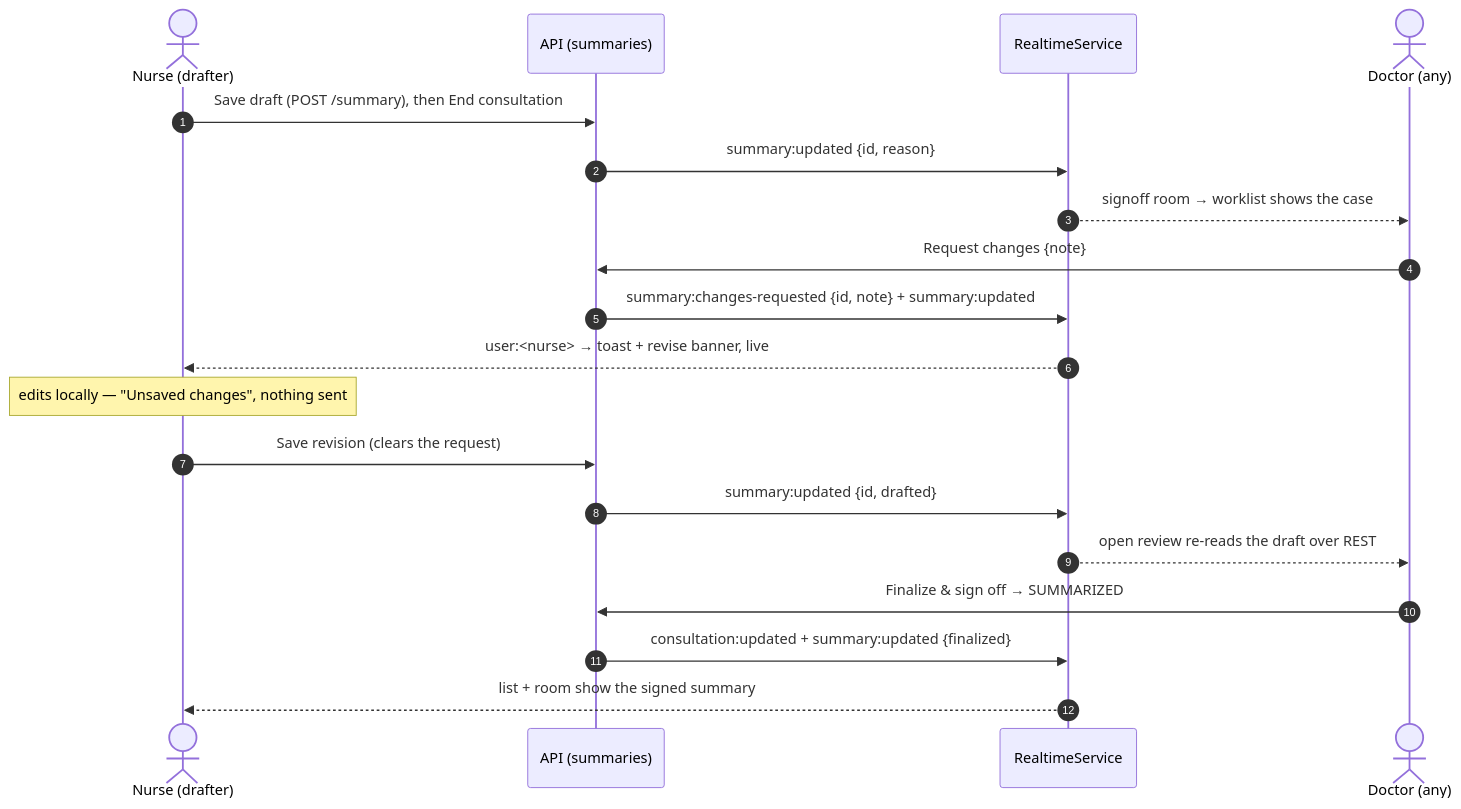
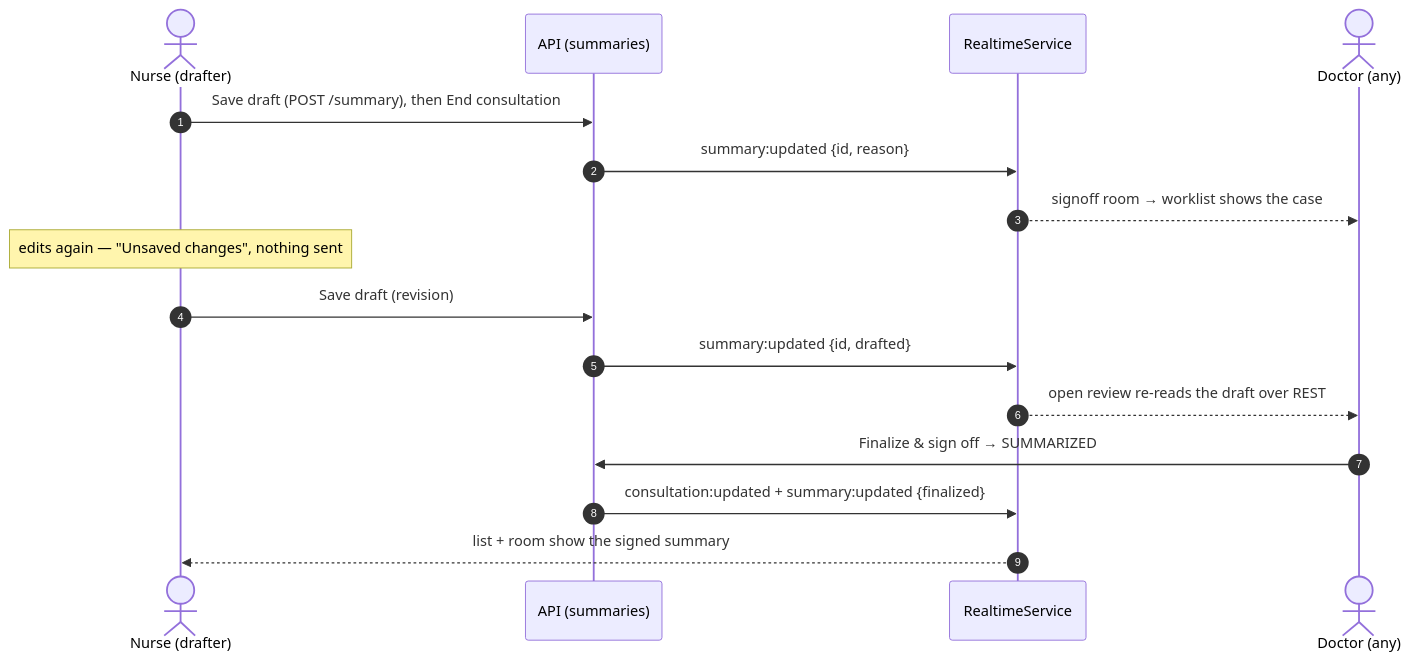
One commit to akritiupreti/virtual-consultation-platform changed diagram 12 of 13 in docs/architecture.md. Above: the diagram before and after it, drawn with Mermaid. The commit also changed other lines of this file and 193 other files, not shown here.

First line of the commit message:
refactor: simplify consultation workflow and fix data-model diagram

````diff
--- a/docs/architecture.md
+++ b/docs/architecture.md
@@ -464,22 +437,19 @@
 ```mermaid
 sequenceDiagram
     autonumber
     actor N as Nurse (drafter)
     participant API as API (summaries)
     participant RT as RealtimeService
     actor D as Doctor (any)
 
     N->>API: Save draft (POST /summary), then End consultation
     API->>RT: summary:updated {id, reason}
     RT-->>D: signoff room → worklist shows the case
-    D->>API: Request changes {note}
-    API->>RT: summary:changes-requested {id, note} + summary:updated
-    RT-->>N: user:<nurse> → toast + revise banner, live
-    Note over N: edits locally — "Unsaved changes", nothing sent
-    N->>API: Save revision (clears the request)
+    Note over N: edits again — "Unsaved changes", nothing sent
+    N->>API: Save draft (revision)
     API->>RT: summary:updated {id, drafted}
     RT-->>D: open review re-reads the draft over REST
     D->>API: Finalize & sign off → SUMMARIZED
     API->>RT: consultation:updated + summary:updated {finalized}
     RT-->>N: list + room show the signed summary
 ```
````
